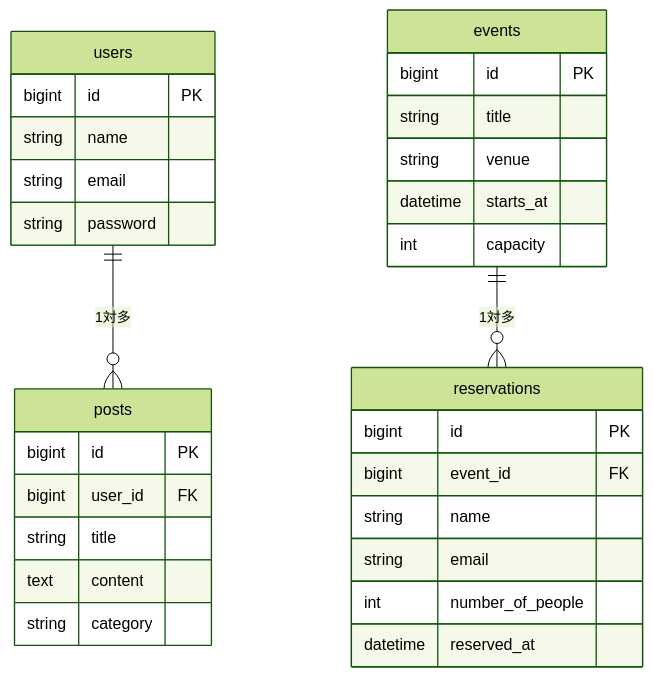
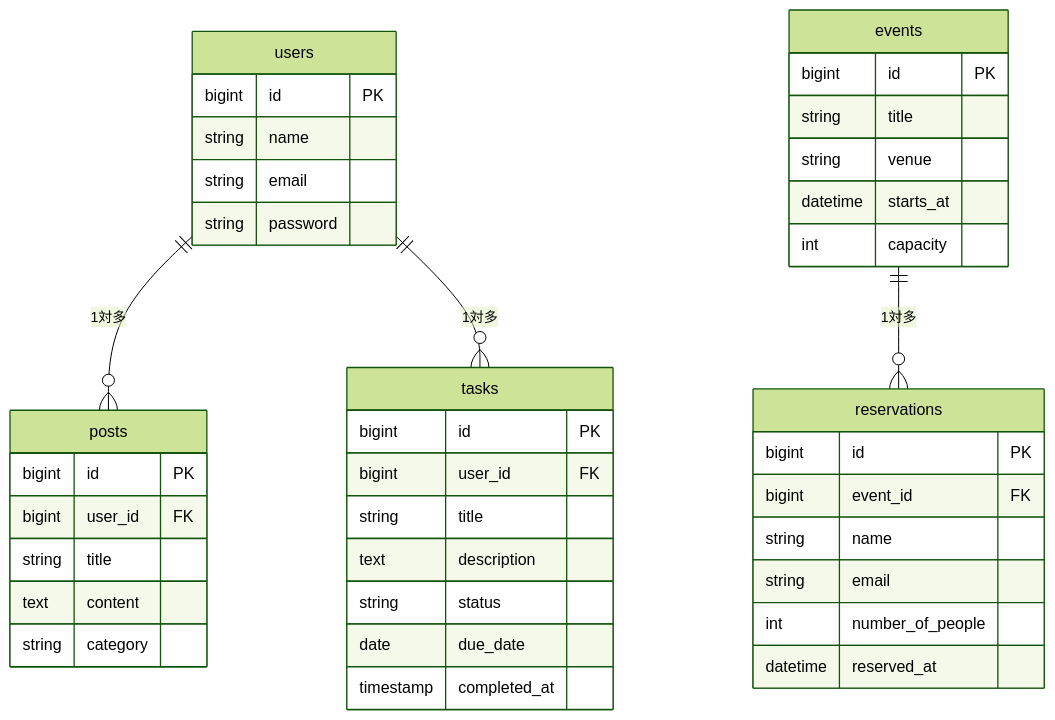
The diagram in docs/database.md (aoleaf/laravel-docker-app), drawn with Mermaid (forest theme) before and after one commit. The commit also changed other lines of this file and 32 other files, not shown here.

````diff
--- a/docs/database.md
+++ b/docs/database.md
@@ -75,33 +95,43 @@
 ```mermaid
 erDiagram
     users ||--o{ posts : "1対多"
+    users ||--o{ tasks : "1対多"
     events ||--o{ reservations : "1対多"
     users {
         bigint id PK
         string name
         string email
         string password
     }
     posts {
         bigint id PK
         bigint user_id FK
         string title
         text content
         string category
+    }
+    tasks {
+        bigint id PK
+        bigint user_id FK
+        string title
+        text description
+        string status
+        date due_date
+        timestamp completed_at
     }
     events {
         bigint id PK
         string title
         string venue
         datetime starts_at
         int capacity
     }
     reservations {
         bigint id PK
         bigint event_id FK
         string name
         string email
         int number_of_people
         datetime reserved_at
     }
 ```
````
